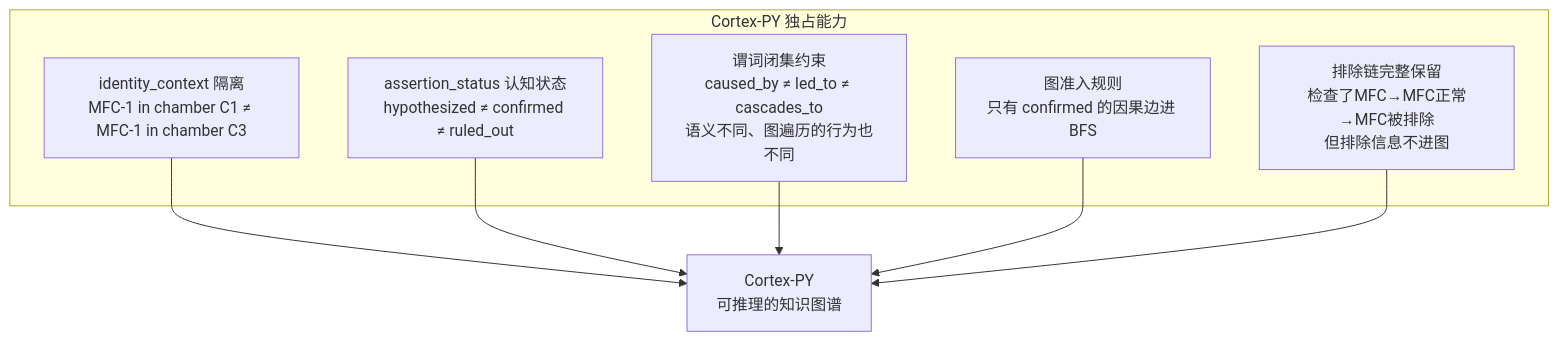
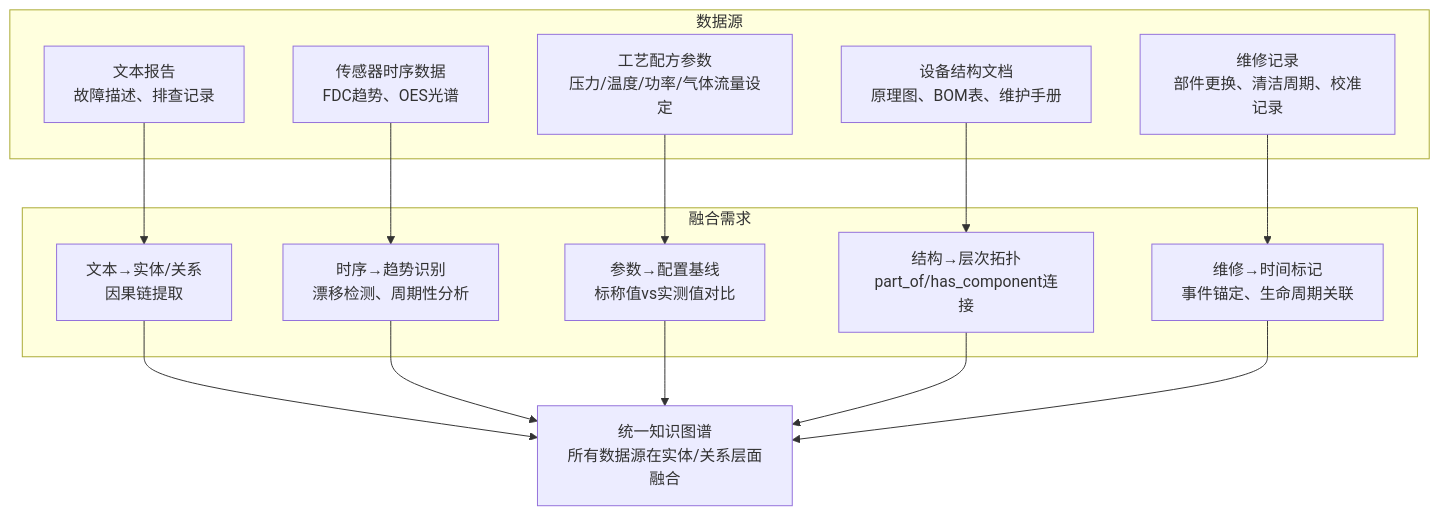
Before and after one commit to pty819/cortex-py-book: the fourth of 4 diagrams in source/chapters/20-competitive-analysis.md, drawn with Mermaid. The commit also changed other lines of this file, not shown here.

Commit message:
rewrite chapter 20: full competitive analysis with agentmemory+neo4j-agent-memory, diagnosis scenario focus, entity extraction deep dive, GraphRAG limitation analysis

````diff
--- a/source/chapters/20-competitive-analysis.md
+++ b/source/chapters/20-competitive-analysis.md
@@ -275,16 +224,30 @@
 ```{mermaid}
 graph TB
-    subgraph Cortex-PY 独占能力
-        A1["identity_context 隔离<br/>MFC-1 in chamber C1 ≠ MFC-1 in chamber C3"]
-        A2["assertion_status 认知状态<br/>hypothesized ≠ confirmed ≠ ruled_out"]
-        A3["谓词闭集约束<br/>caused_by ≠ led_to ≠ cascades_to<br/>语义不同、图遍历的行为也不同"]
-        A4["图准入规则<br/>只有 confirmed 的因果边进 BFS"]
-        A5["排除链完整保留<br/>检查了MFC→MFC正常→MFC被排除<br/>但排除信息不进图"]
+    subgraph 数据源
+        A["文本报告<br/>故障描述、排查记录"]
+        B["传感器时序数据<br/>FDC趋势、OES光谱"]
+        C["工艺配方参数<br/>压力/温度/功率/气体流量设定"]
+        D["设备结构文档<br/>原理图、BOM表、维护手册"]
+        E["维修记录<br/>部件更换、清洁周期、校准记录"]
     end
     
-    A1 --> B["Cortex-PY<br/>可推理的知识图谱"]
-    A2 --> B
-    A3 --> B
-    A4 --> B
-    A5 --> B
+    subgraph 融合需求
+        F["文本→实体/关系<br/>因果链提取"]
+        G["时序→趋势识别<br/>漂移检测、周期性分析"]
+        H["参数→配置基线<br/>标称值vs实测值对比"]
+        I["结构→层次拓扑<br/>part_of/has_component连接"]
+        J["维修→时间标记<br/>事件锚定、生命周期关联"]
+    end
+    
+    A --> F
+    B --> G
+    C --> H
+    D --> I
+    E --> J
+    
+    F --> K["统一知识图谱<br/>所有数据源在实体/关系层面融合"]
+    G --> K
+    H --> K
+    I --> K
+    J --> K
 ```
````
